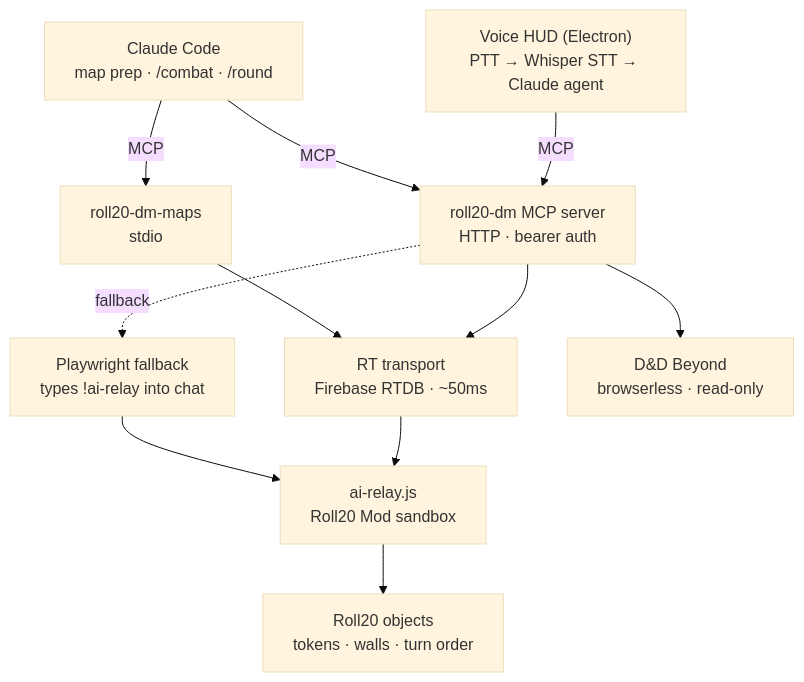
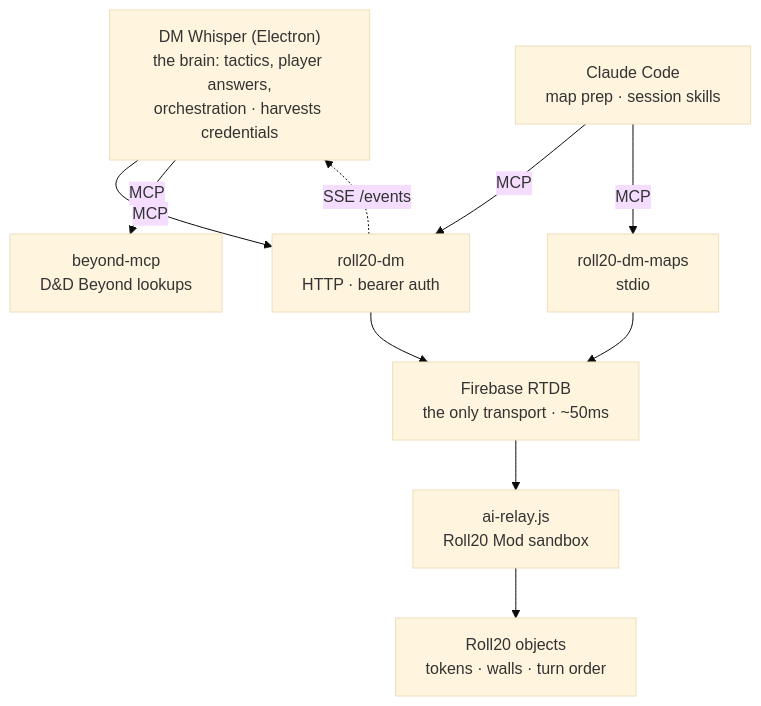
One commit to eschatus/roll20-dm-mcp changed the diagram in README.md. Above: the diagram before and after it, drawn with Mermaid (base theme). The commit also changed other lines of this file and 34 other files, not shown here.

````diff
--- a/README.md
+++ b/README.md
@@ -15,23 +27,21 @@
 ```mermaid
 flowchart TD
-    HUD["Voice HUD (Electron)<br/>PTT → Whisper STT → Claude agent"]
-    CC["Claude Code<br/>map prep · /combat · /round"]
-    SRV["roll20-dm MCP server<br/>HTTP · bearer auth"]
+    GEM["DM Whisper (Electron)<br/>the brain: tactics, player answers,<br/>orchestration · harvests credentials"]
+    CC["Claude Code<br/>map prep · session skills"]
+    SRV["roll20-dm<br/>HTTP · bearer auth"]
     MAPS["roll20-dm-maps<br/>stdio"]
-    RT["RT transport<br/>Firebase RTDB · ~50ms"]
-    PW["Playwright fallback<br/>types !ai-relay into chat"]
+    BEY["beyond-mcp<br/>D&D Beyond lookups"]
+    RT["Firebase RTDB<br/>the only transport · ~50ms"]
     MOD["ai-relay.js<br/>Roll20 Mod sandbox"]
     R20["Roll20 objects<br/>tokens · walls · turn order"]
-    DDB["D&D Beyond<br/>browserless · read-only"]
 
-    HUD -->|MCP| SRV
+    GEM -->|MCP| SRV
+    GEM -->|MCP| BEY
     CC -->|MCP| SRV
     CC -->|MCP| MAPS
     SRV --> RT
-    SRV -. fallback .-> PW
     MAPS --> RT
     RT --> MOD
-    PW --> MOD
     MOD --> R20
-    SRV --> DDB
+    SRV -.->|SSE /events| GEM
 ```
````
